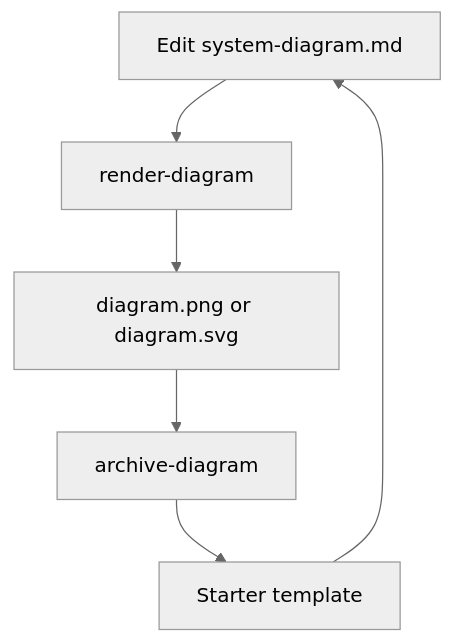
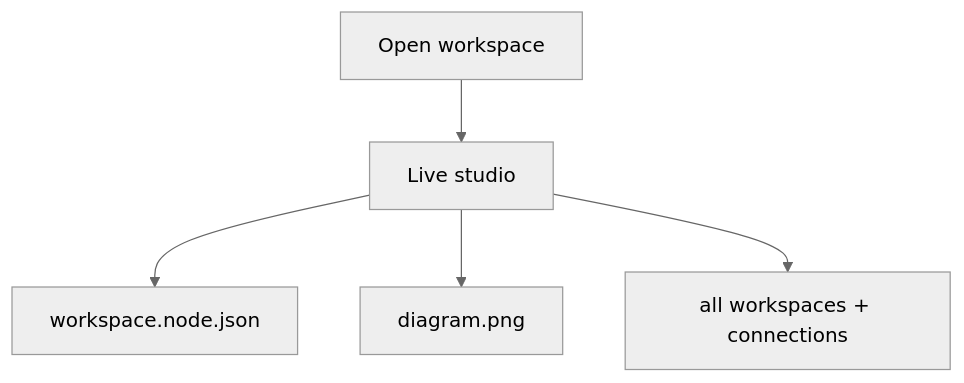
One commit to BenCauffman/code-to-diagram changed the diagram in docs/workflow.md. Above: the diagram before and after it, drawn with Mermaid (neutral theme). The commit also changed other lines of this file and 14 other files, not shown here.

First line of the commit message:
Refactor workspace management and enhance diagram rendering

````diff
--- a/docs/workflow.md
+++ b/docs/workflow.md
@@ -77,8 +65,7 @@
 ```mermaid
 flowchart TD
-  Edit[Edit system-diagram.md] --> Render[render-diagram]
-  Render --> Output[diagram.png or diagram.svg]
-  Output --> Archive[archive-diagram]
-  Archive --> Reset[Starter template]
-  Reset --> Edit
+  Open[Open workspace] --> Studio[Live studio]
+  Studio --> Source[workspace.node.json]
+  Studio --> Output[diagram.png]
+  Studio --> Graph[all workspaces + connections]
 ```
````
